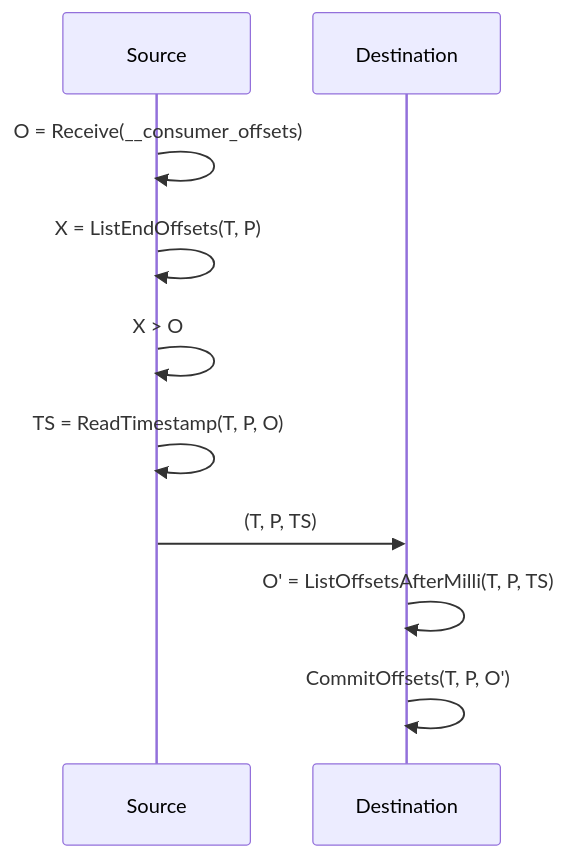
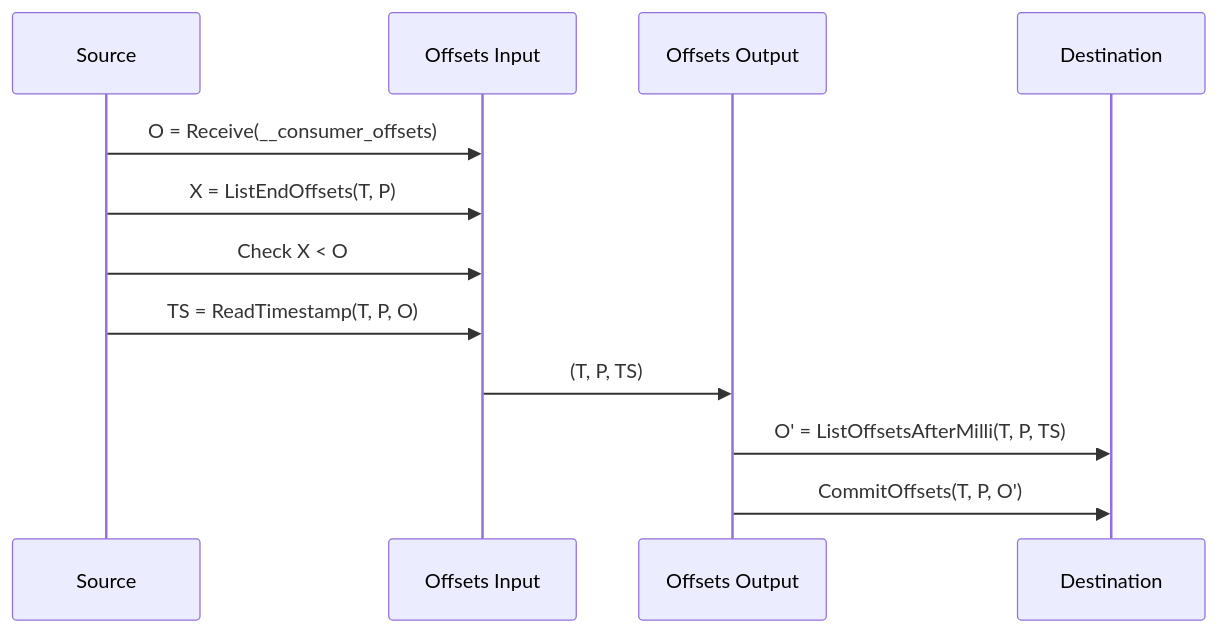
The first of 3 diagrams in internal/impl/kafka/enterprise/redpanda_migrator.md (redpanda-data/connect), drawn with Mermaid before and after one commit. The commit also changed other lines of this file, not shown here.

Commit message:
Update Redpanda Migrator diagrams

````diff
--- a/internal/impl/kafka/enterprise/redpanda_migrator.md
+++ b/internal/impl/kafka/enterprise/redpanda_migrator.md
@@ -19,10 +23,11 @@
 ```mermaid
 sequenceDiagram
-Source->>Source: O = Receive(__consumer_offsets)
-Source->>Source: X = ListEndOffsets(T, P)
-Source->>Source: X > O
-Source->>Source: TS = ReadTimestamp(T, P, O)
-Source->>Destination: (T, P, TS)
-Destination->>Destination: O' = ListOffsetsAfterMilli(T, P, TS)
-Destination->>Destination: CommitOffsets(T, P, O')
+
+Source->>Offsets Input: O = Receive(__consumer_offsets)
+Source->>Offsets Input: X = ListEndOffsets(T, P)
+Source->>Offsets Input: Check X < O
+Source->>Offsets Input: TS = ReadTimestamp(T, P, O)
+Offsets Input->>Offsets Output: (T, P, TS)
+Offsets Output->>Destination: O' = ListOffsetsAfterMilli(T, P, TS)
+Offsets Output->>Destination: CommitOffsets(T, P, O')
 ```
````
